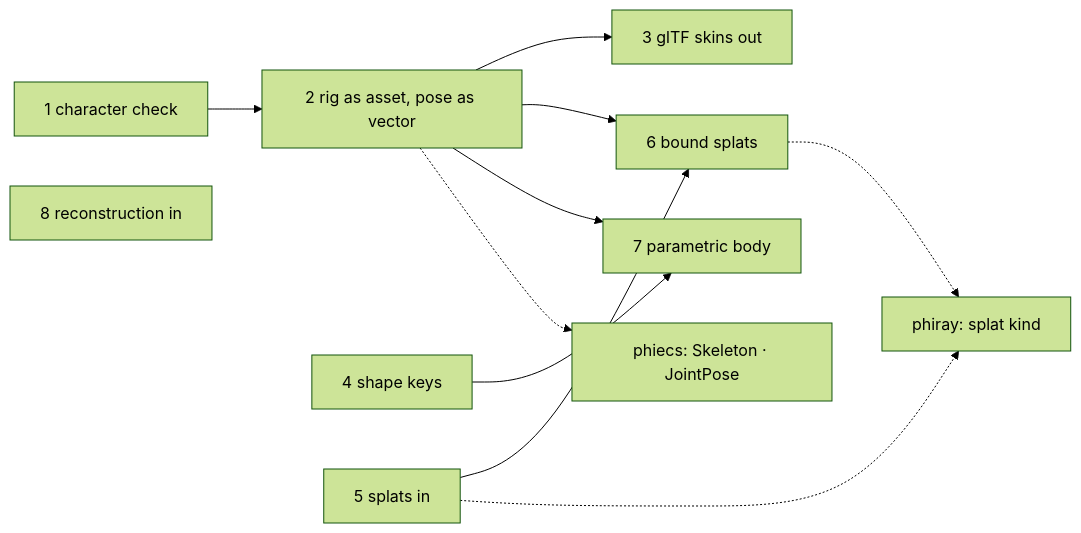
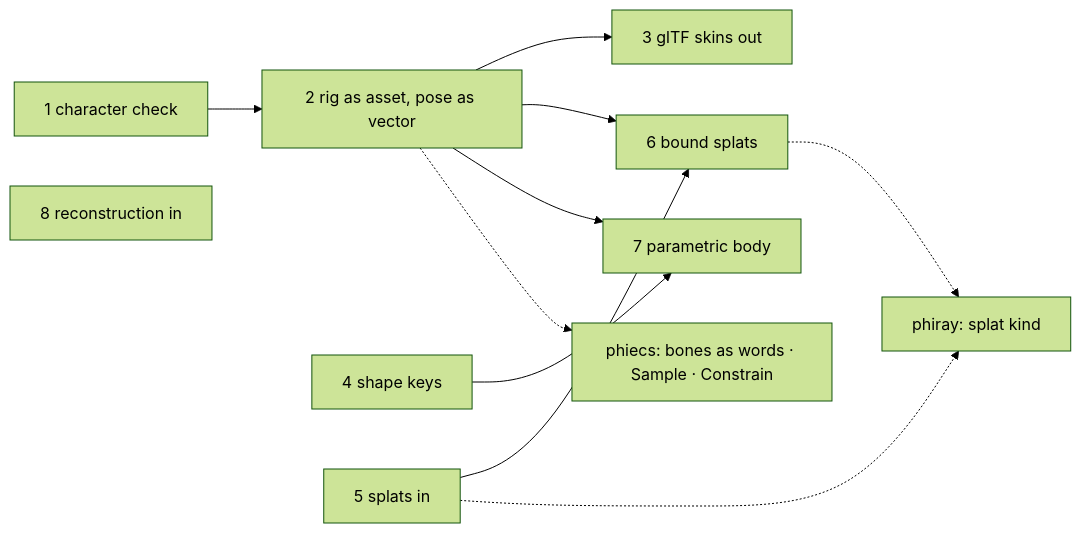
Before and after one commit to gemphi/phikit: the first of 2 diagrams in crates/phiphx/PLAN.md, drawn with Mermaid (forest theme). The commit also changed other lines of this file and 21 other files, not shown here.

````diff
--- a/crates/phiphx/PLAN.md
+++ b/crates/phiphx/PLAN.md
@@ -44,21 +47,21 @@
 ```mermaid
 graph LR
     w1["1 character check"]
     w2["2 rig as asset, pose as vector"]
     w3["3 glTF skins out"]
     w4["4 shape keys"]
     w5["5 splats in"]
     w6["6 bound splats"]
     w7["7 parametric body"]
     w8["8 reconstruction in"]
     w1 --> w2 --> w3
     w2 --> w6
     w5 --> w6
     w2 --> w7
     w4 --> w7
-    e1["phiecs: Skeleton · JointPose"]
+    e1["phiecs: bones as words · Sample · Constrain"]
     r1["phiray: splat kind"]
     w2 -.-> e1
     w5 -.-> r1
     w6 -.-> r1
 ```
````
